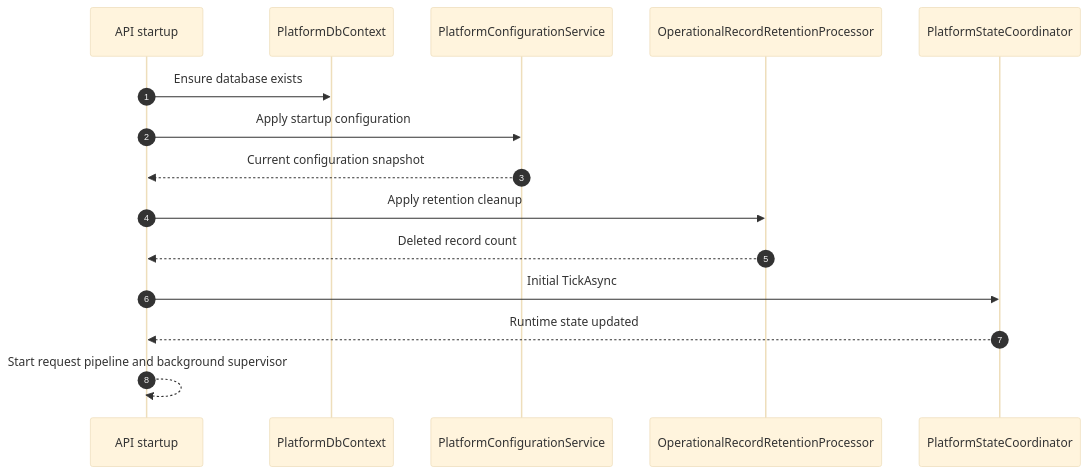
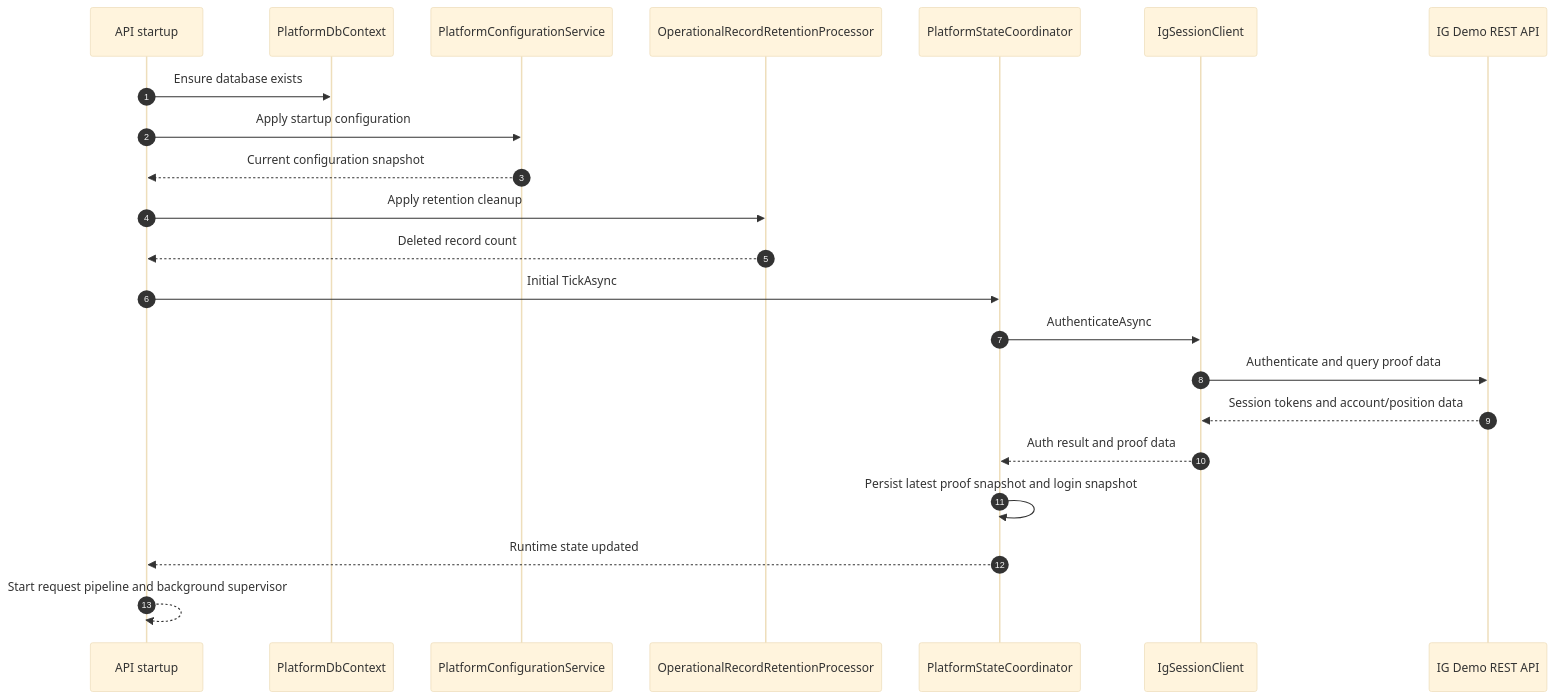
The first of 3 diagrams in docs/wiki/runtime-behavior.md (MartynFewtrell/TNC.Trading.Platform), drawn with Mermaid (base theme) before and after one commit. The commit also changed other lines of this file and 49 other files, not shown here.

Commit message:
Added login to actual IG test account

````diff
--- a/docs/wiki/runtime-behavior.md
+++ b/docs/wiki/runtime-behavior.md
@@ -34,18 +35,25 @@
 ```mermaid
 sequenceDiagram
     autonumber
     participant App as API startup
     participant Db as PlatformDbContext
     participant Config as PlatformConfigurationService
     participant Retention as OperationalRecordRetentionProcessor
     participant Coordinator as PlatformStateCoordinator
+    participant IgSessionClient as IgSessionClient
+    participant IgDemo as IG Demo REST API
 
     App->>Db: Ensure database exists
     App->>Config: Apply startup configuration
     Config-->>App: Current configuration snapshot
     App->>Retention: Apply retention cleanup
     Retention-->>App: Deleted record count
     App->>Coordinator: Initial TickAsync
+    Coordinator->>IgSessionClient: AuthenticateAsync
+    IgSessionClient->>IgDemo: Authenticate and query proof data
+    IgDemo-->>IgSessionClient: Session tokens and account/position data
+    IgSessionClient-->>Coordinator: Auth result and proof data
+    Coordinator->>Coordinator: Persist latest proof snapshot and login snapshot
     Coordinator-->>App: Runtime state updated
     App-->>App: Start request pipeline and background supervisor
 ```
````
